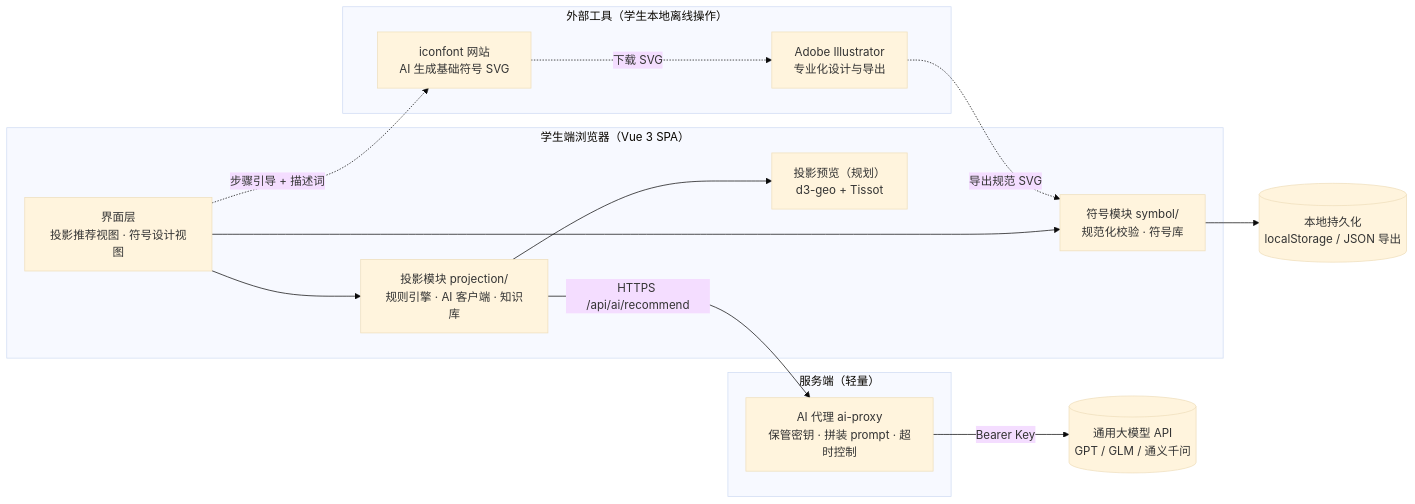
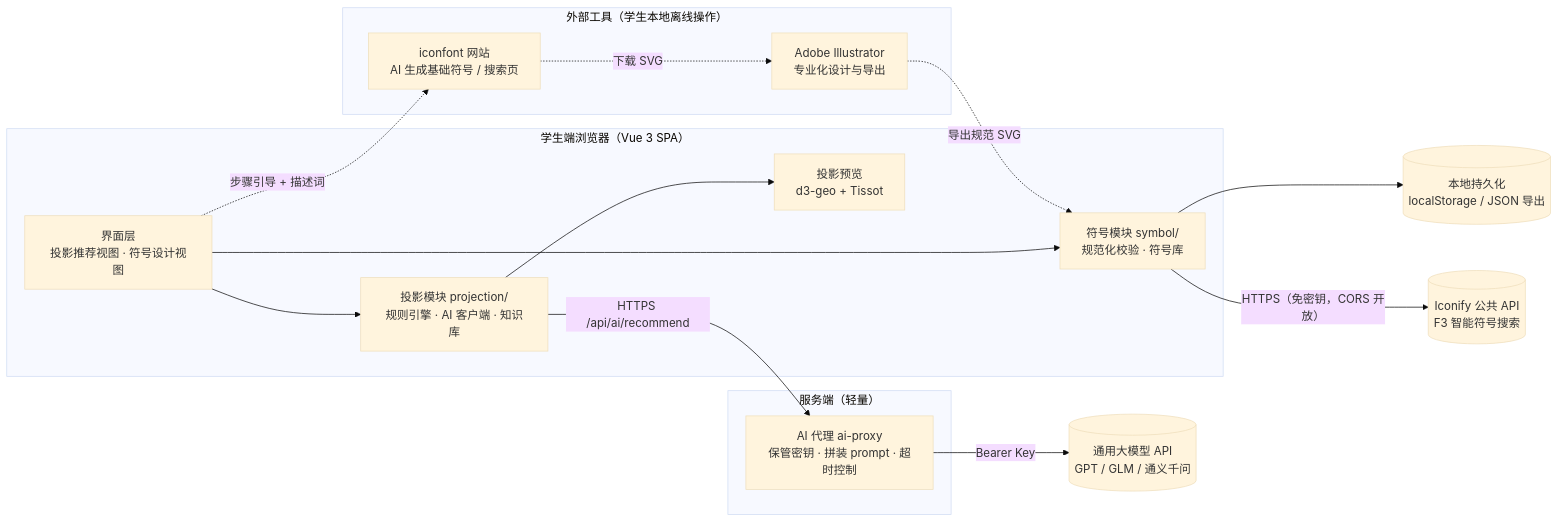
Before and after one commit to hqj00/studentmap: the diagram in spec/diagrams/system-architecture.mmd, drawn with Mermaid (base theme). The commit also changed 92 other files, not shown here.

```diff
--- a/spec/diagrams/system-architecture.mmd
+++ b/spec/diagrams/system-architecture.mmd
@@ -1,30 +1,32 @@
 %% 学生端系统架构图 — 对应 spec/04-架构设计.md §1
 flowchart LR
   subgraph Client["学生端浏览器（Vue 3 SPA）"]
     UI["界面层<br/>投影推荐视图 · 符号设计视图"]
     PM["投影模块 projection/<br/>规则引擎 · AI 客户端 · 知识库"]
     SM["符号模块 symbol/<br/>规范化校验 · 符号库"]
-    PV["投影预览（规划）<br/>d3-geo + Tissot"]
+    PV["投影预览<br/>d3-geo + Tissot"]
     UI --> PM
     UI --> SM
     PM --> PV
   end
 
   subgraph Server["服务端（轻量）"]
     AP["AI 代理 ai-proxy<br/>保管密钥 · 拼装 prompt · 超时控制"]
   end
 
   LLM[("通用大模型 API<br/>GPT / GLM / 通义千问")]
   LS[("本地持久化<br/>localStorage / JSON 导出")]
+  IC[("Iconify 公共 API<br/>F3 智能符号搜索")]
 
   subgraph External["外部工具（学生本地离线操作）"]
-    IF["iconfont 网站<br/>AI 生成基础符号 SVG"]
+    IF["iconfont 网站<br/>AI 生成基础符号 / 搜索页"]
     AI["Adobe Illustrator<br/>专业化设计与导出"]
   end
 
   PM -->|"HTTPS /api/ai/recommend"| AP
   AP -->|"Bearer Key"| LLM
   SM --> LS
+  SM -->|"HTTPS（免密钥，CORS 开放）"| IC
   UI -. "步骤引导 + 描述词" .-> IF
   IF -. "下载 SVG" .-> AI
   AI -. "导出规范 SVG" .-> SM
```
